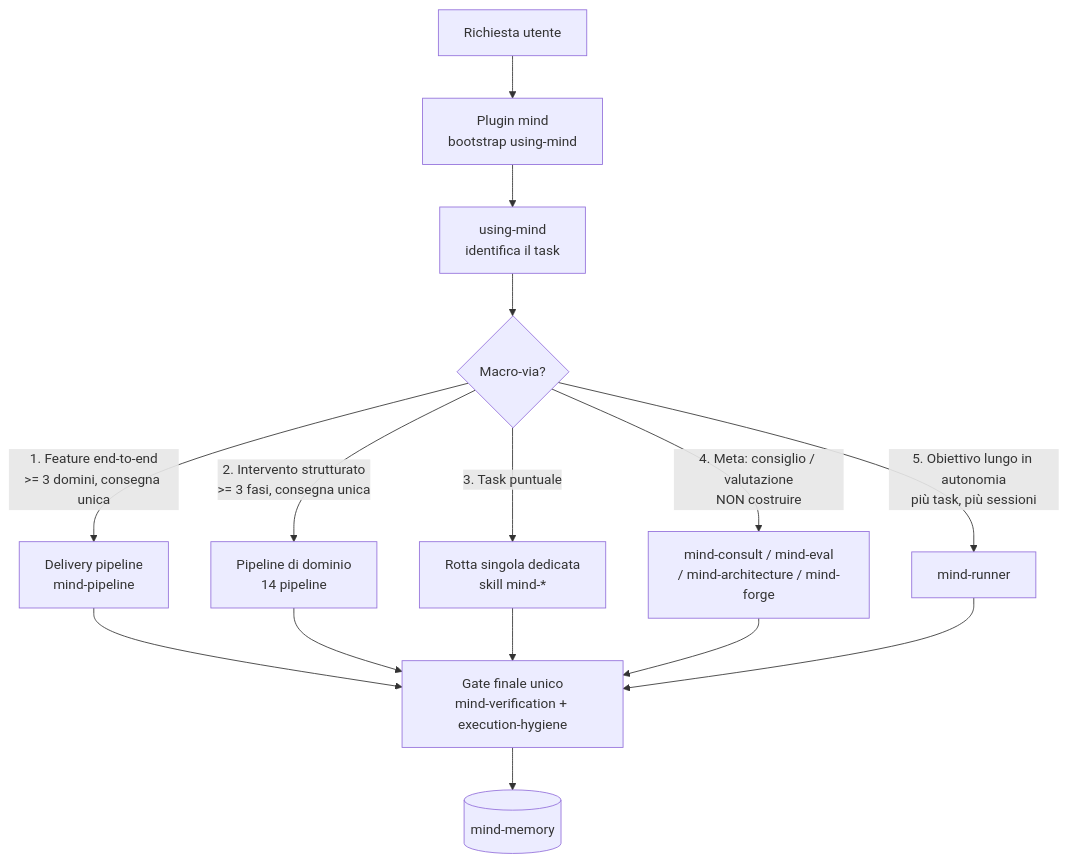
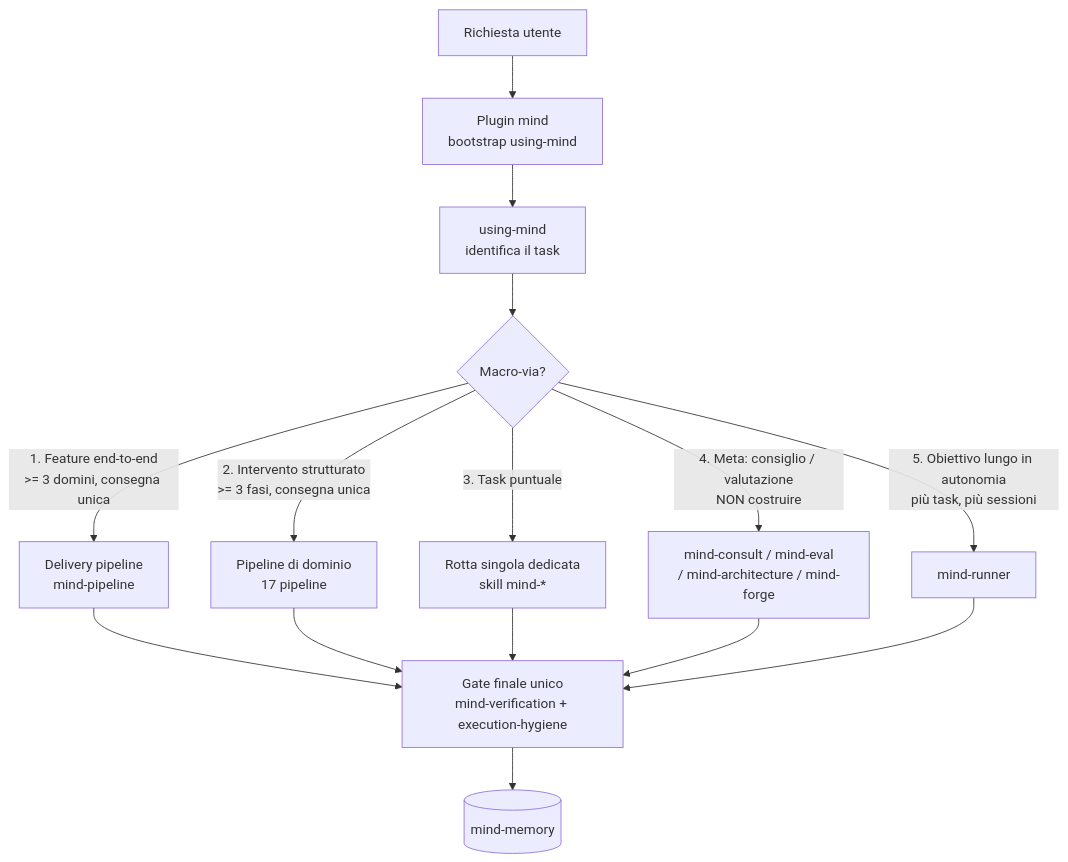
One commit to Kyriga-CGX/mind-system changed the third of 9 diagrams in docs/system-diagram.md. Above: the diagram before and after it, drawn with Mermaid. The commit also changed other lines of this file and 1 other file, not shown here.

First line of the commit message:
docs: allinea system-diagram.md alle pipeline reali (17) + rotta manutenere

````diff
--- a/docs/system-diagram.md
+++ b/docs/system-diagram.md
@@ -78,17 +78,17 @@
 ```mermaid
 flowchart TD
     IN[Richiesta utente] --> P[Plugin mind<br/>bootstrap using-mind]
     P --> O[using-mind<br/>identifica il task]
     O --> D{Macro-via?}
     D -->|1. Feature end-to-end<br/>>= 3 domini, consegna unica| M1[Delivery pipeline<br/>mind-pipeline]
-    D -->|2. Intervento strutturato<br/>>= 3 fasi, consegna unica| M2[Pipeline di dominio<br/>14 pipeline]
+    D -->|2. Intervento strutturato<br/>>= 3 fasi, consegna unica| M2[Pipeline di dominio<br/>17 pipeline]
     D -->|3. Task puntuale| M3[Rotta singola dedicata<br/>skill mind-*]
     D -->|4. Meta: consiglio / valutazione<br/>NON costruire| M4[mind-consult / mind-eval<br/>/ mind-architecture / mind-forge]
     D -->|5. Obiettivo lungo in autonomia<br/>più task, più sessioni| M5[mind-runner]
     M1 --> G[Gate finale unico<br/>mind-verification + execution-hygiene]
     M2 --> G
     M3 --> G
     M4 --> G
     M5 --> G
     G --> MEM[(mind-memory)]
 ```
````
